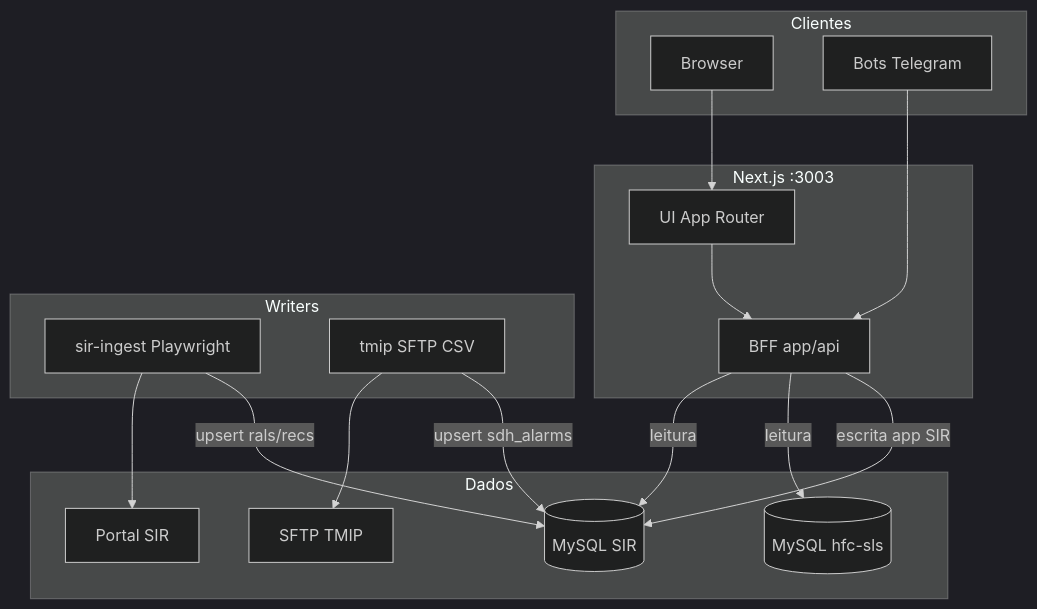
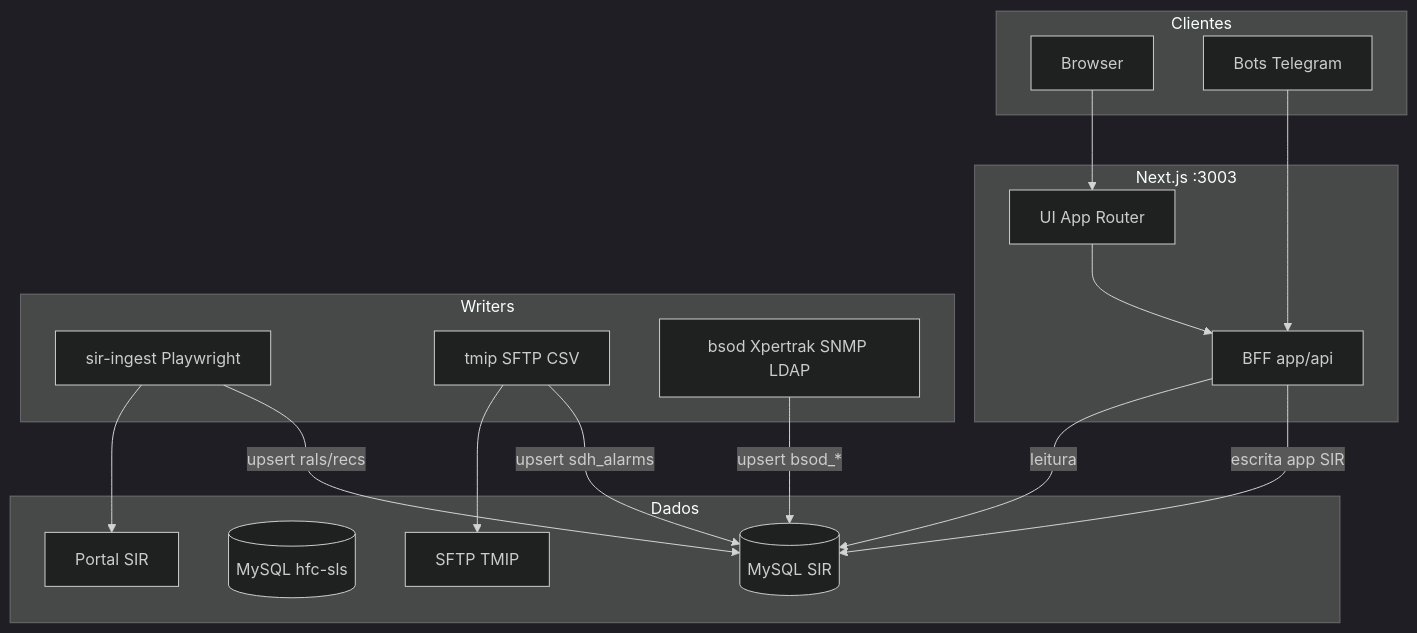
Before and after one commit to rafaellcardooso/empresarial-grno: the diagram in docs/architecture/overview.md, drawn with Mermaid (dark theme). The commit also changed other lines of this file and 37 other files, not shown here.

First line of the commit message:
feat: move BSOD inventory collection to SIR worker

````diff
--- a/docs/architecture/overview.md
+++ b/docs/architecture/overview.md
@@ -13,34 +13,35 @@
 ```mermaid
 flowchart TB
   subgraph clients [Clientes]
     browser[Browser]
     telegram[Bots Telegram]
   end
 
   subgraph next [Next.js :3003]
     ui[UI App Router]
     bff[BFF app/api]
   end
 
   subgraph writers [Writers]
     sirIngest[sir-ingest Playwright]
     tmip[tmip SFTP CSV]
+    bsodWorker[bsod Xpertrak SNMP LDAP]
   end
 
   subgraph data [Dados]
     sirDb[(MySQL SIR)]
     hfcDb[(MySQL hfc-sls)]
     sirWeb[Portal SIR]
     tmipSftp[SFTP TMIP]
   end
 
   browser --> ui --> bff
   telegram --> bff
   bff -->|leitura| sirDb
-  bff -->|leitura| hfcDb
-  bff -->|escrita app SIR| sirDb
+    bff -->|escrita app SIR| sirDb
   sirIngest --> sirWeb
   sirIngest -->|upsert rals/recs| sirDb
   tmip --> tmipSftp
   tmip -->|upsert sdh_alarms| sirDb
+  bsodWorker -->|upsert bsod_*| sirDb
 ```
````
